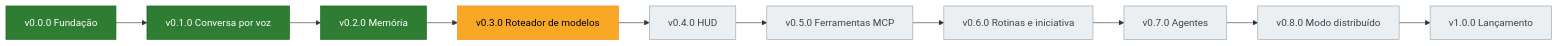
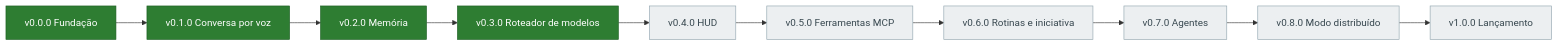
One commit to Gabitoprof/Nora changed the second of 4 diagrams in docs/MAPA_MENTAL.md. Above: the diagram before and after it, drawn with Mermaid. The commit also changed other lines of this file and 11 other files, not shown here.

````diff
--- a/docs/MAPA_MENTAL.md
+++ b/docs/MAPA_MENTAL.md
@@ -110,16 +125,16 @@
 ```mermaid
 flowchart LR
   v00["v0.0.0 Fundação"]:::done --> v01["v0.1.0 Conversa por voz"]:::done
   v01 --> v02["v0.2.0 Memória"]:::done
-  v02 --> v03["v0.3.0 Roteador de modelos"]:::doing
+  v02 --> v03["v0.3.0 Roteador de modelos"]:::done
   v03 --> v04["v0.4.0 HUD"]:::pend
   v04 --> v05["v0.5.0 Ferramentas MCP"]:::pend
   v05 --> v06["v0.6.0 Rotinas e iniciativa"]:::pend
   v06 --> v07["v0.7.0 Agentes"]:::pend
   v07 --> v08["v0.8.0 Modo distribuído"]:::pend
   v08 --> v10["v1.0.0 Lançamento"]:::pend
 
   classDef done fill:#2e7d32,stroke:#1b5e20,color:#fff
   classDef doing fill:#f9a825,stroke:#f57f17,color:#000
   classDef pend fill:#eceff1,stroke:#90a4ae,color:#37474f
 ```
````
